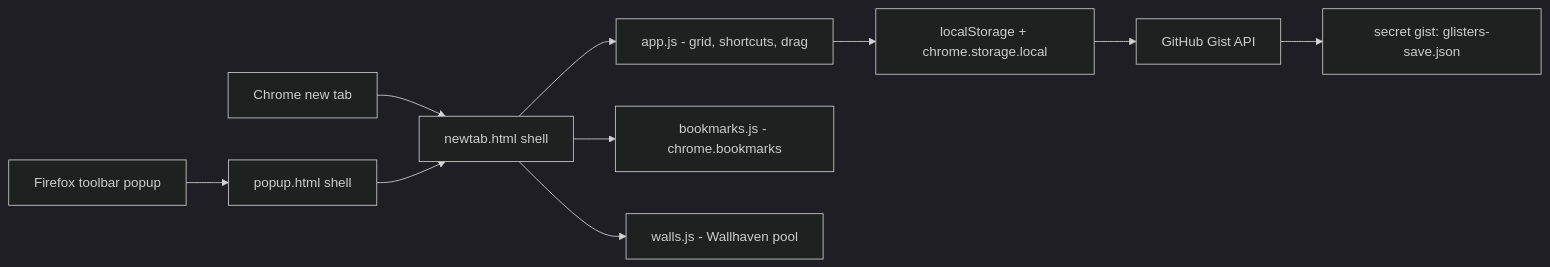
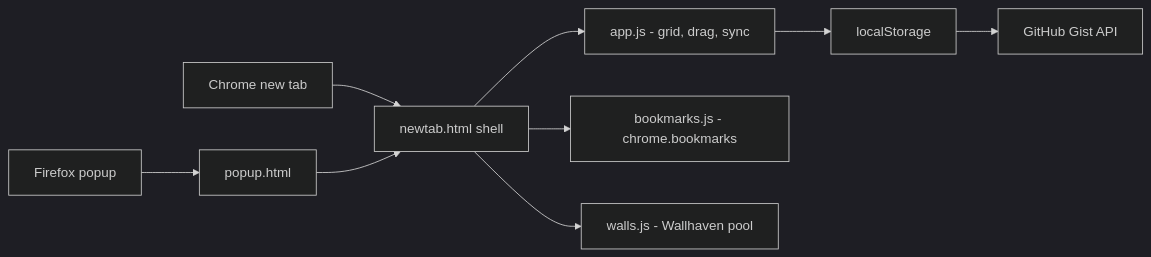
Before and after one commit to FirozChauhan/GlistersV2: the diagram in README.md, drawn with Mermaid (dark theme). The commit also changed other lines of this file, not shown here.

````diff
--- a/README.md
+++ b/README.md
@@ -24,12 +50,9 @@
 ```mermaid
 flowchart LR
-  A[Chrome new tab] --> B[newtab.html shell]
-  A2[Firefox toolbar popup] --> B2[popup.html shell]
-  B2 --> B
-  B --> C[app.js - grid, shortcuts, drag]
-  C --> D[localStorage + chrome.storage.local]
-  D --> E[GitHub Gist API]
-  E --> F[secret gist: glisters-save.json]
-  B --> G[bookmarks.js - chrome.bookmarks]
-  B --> H[walls.js - Wallhaven pool]
+    A[Chrome new tab] --> B[newtab.html shell]
+    A2[Firefox popup] --> B2[popup.html] --> B
+    B --> C[app.js - grid, drag, sync]
+    C --> D[localStorage] --> E[GitHub Gist API]
+    B --> G[bookmarks.js - chrome.bookmarks]
+    B --> H[walls.js - Wallhaven pool]
 ```
````
